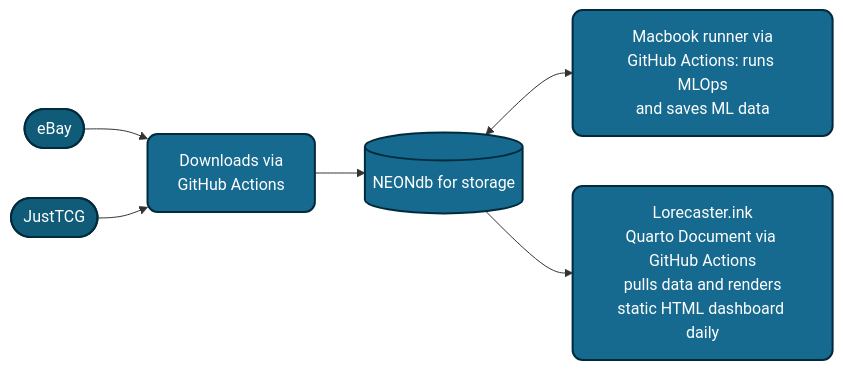
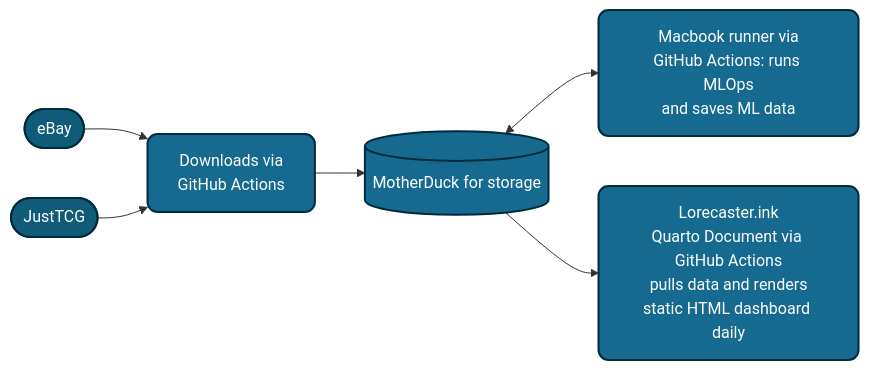
The diagram in README.md (leoohyama/lorcana), drawn with Mermaid before and after one commit. The commit also changed other lines of this file, not shown here.

First line of the commit message:
Update README with mobile-friendly status and storage change

````diff
--- a/README.md
+++ b/README.md
@@ -107,25 +107,25 @@
 ```mermaid
 graph LR
     %% Define Nodes
     A([eBay])
     B([JustTCG])
     C[Downloads via<br>GitHub Actions]
-    D[(NEONdb for storage)]
+    D[(MotherDuck for storage)]
     E[Macbook runner via<br>GitHub Actions: runs MLOps<br>and saves ML data]
     F[Lorecaster.ink<br>Quarto Document via GitHub Actions<br>pulls data and renders<br>static HTML dashboard daily]
 
     %% Define Connections
     A --> C
     B --> C
     C --> D
     D <--> E
     D --> F
 
     %% Styling to loosely match your original blueprint
     style A fill:#0f5b78,stroke:#002b3d,stroke-width:2px,color:#fff
     style B fill:#0f5b78,stroke:#002b3d,stroke-width:2px,color:#fff
     style C fill:#166a8f,stroke:#002b3d,stroke-width:2px,color:#fff,rx:10,ry:10
     style D fill:#166a8f,stroke:#002b3d,stroke-width:2px,color:#fff
     style E fill:#166a8f,stroke:#002b3d,stroke-width:2px,color:#fff,rx:10,ry:10
     style F fill:#166a8f,stroke:#002b3d,stroke-width:2px,color:#fff,rx:10,ry:10
 ```
````
